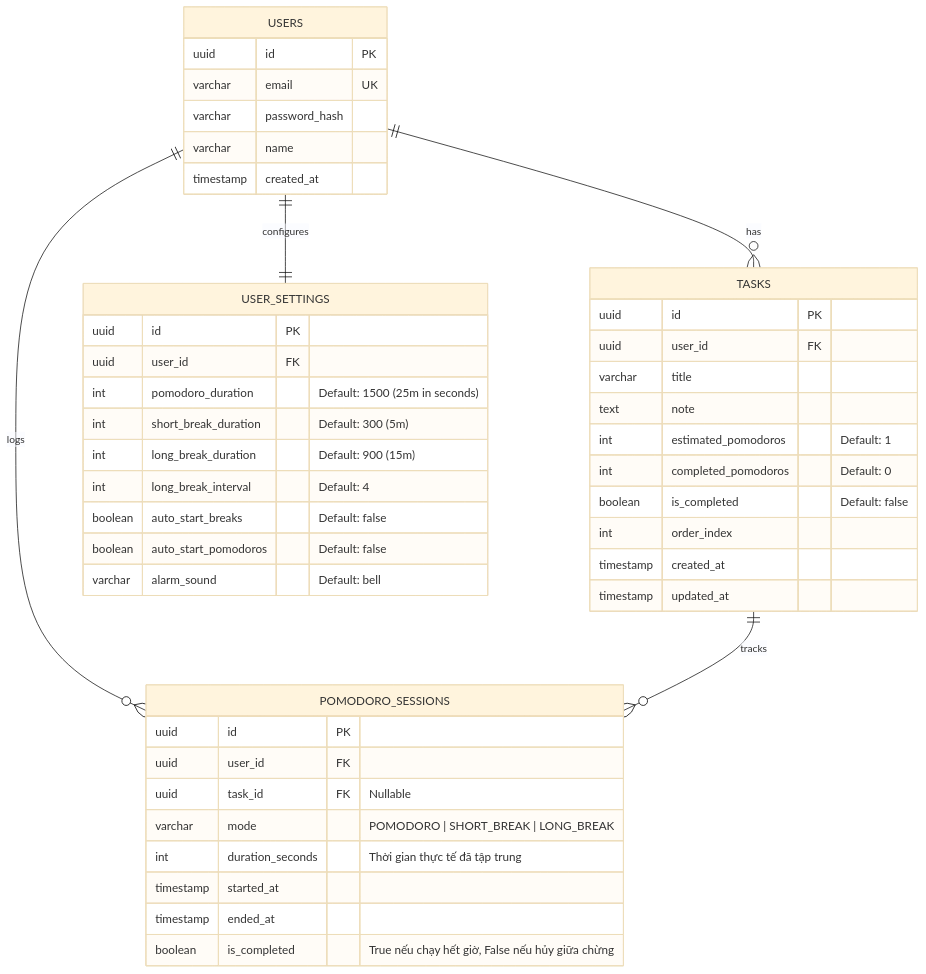
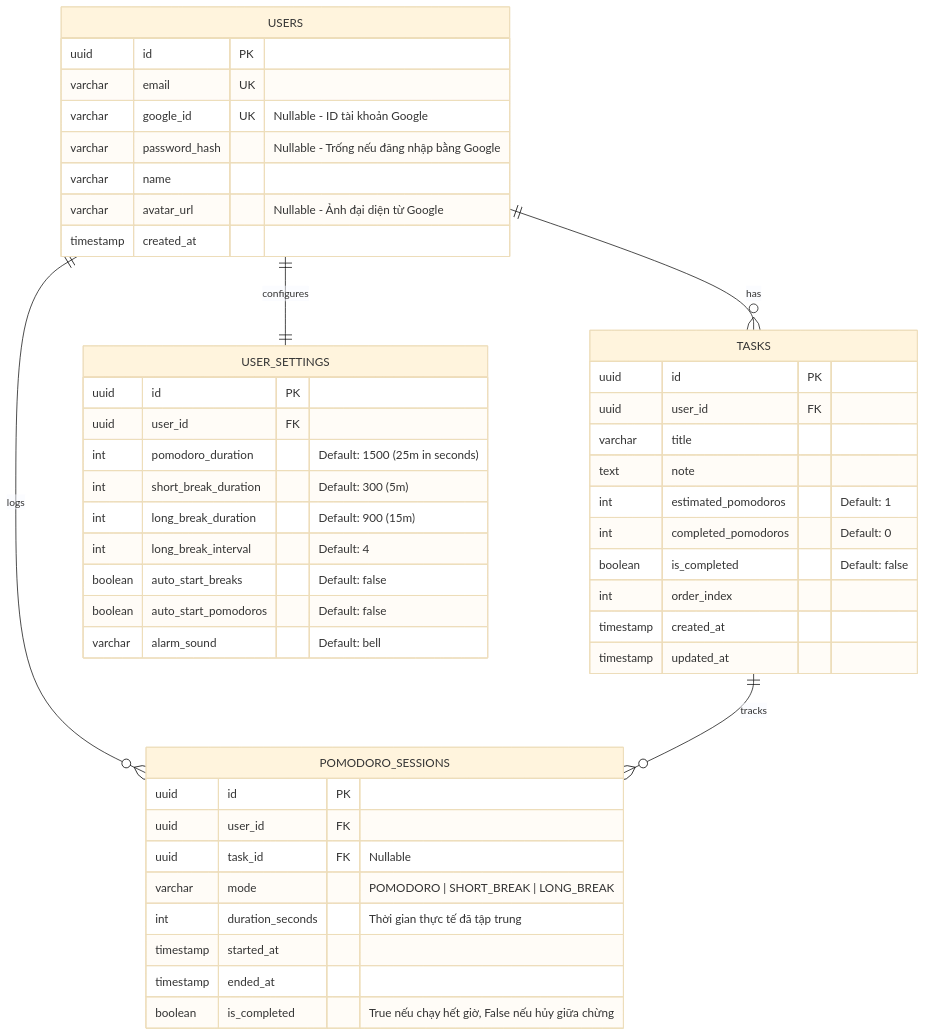
The diagram in requirement.md (thangnpq-dev/pomodoro), drawn with Mermaid (base theme) before and after one commit. The commit also changed other lines of this file and 24 other files, not shown here.

````diff
--- a/requirement.md
+++ b/requirement.md
@@ -93,51 +94,53 @@
 ```mermaid
 erDiagram
     USERS ||--o{ TASKS : has
     USERS ||--o{ POMODORO_SESSIONS : logs
     USERS ||--|| USER_SETTINGS : configures
     TASKS ||--o{ POMODORO_SESSIONS : tracks
 
     USERS {
         uuid id PK
         varchar email UK
-        varchar password_hash
+        varchar google_id UK "Nullable - ID tài khoản Google"
+        varchar password_hash "Nullable - Trống nếu đăng nhập bằng Google"
         varchar name
+        varchar avatar_url "Nullable - Ảnh đại diện từ Google"
         timestamp created_at
     }
 
     USER_SETTINGS {
         uuid id PK
         uuid user_id FK
         int pomodoro_duration "Default: 1500 (25m in seconds)"
         int short_break_duration "Default: 300 (5m)"
         int long_break_duration "Default: 900 (15m)"
         int long_break_interval "Default: 4"
         boolean auto_start_breaks "Default: false"
         boolean auto_start_pomodoros "Default: false"
         varchar alarm_sound "Default: bell"
     }
 
     TASKS {
         uuid id PK
         uuid user_id FK
         varchar title
         text note
         int estimated_pomodoros "Default: 1"
         int completed_pomodoros "Default: 0"
         boolean is_completed "Default: false"
         int order_index
         timestamp created_at
         timestamp updated_at
     }
 
     POMODORO_SESSIONS {
         uuid id PK
         uuid user_id FK
         uuid task_id FK "Nullable"
         varchar mode "POMODORO | SHORT_BREAK | LONG_BREAK"
         int duration_seconds "Thời gian thực tế đã tập trung"
         timestamp started_at
         timestamp ended_at
         boolean is_completed "True nếu chạy hết giờ, False nếu hủy giữa chừng"
     }
 ```
````
